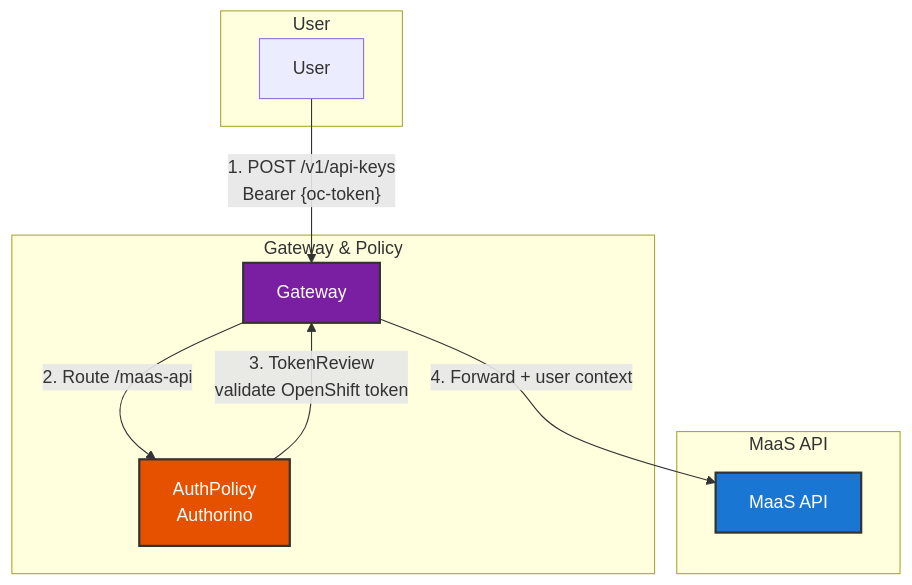
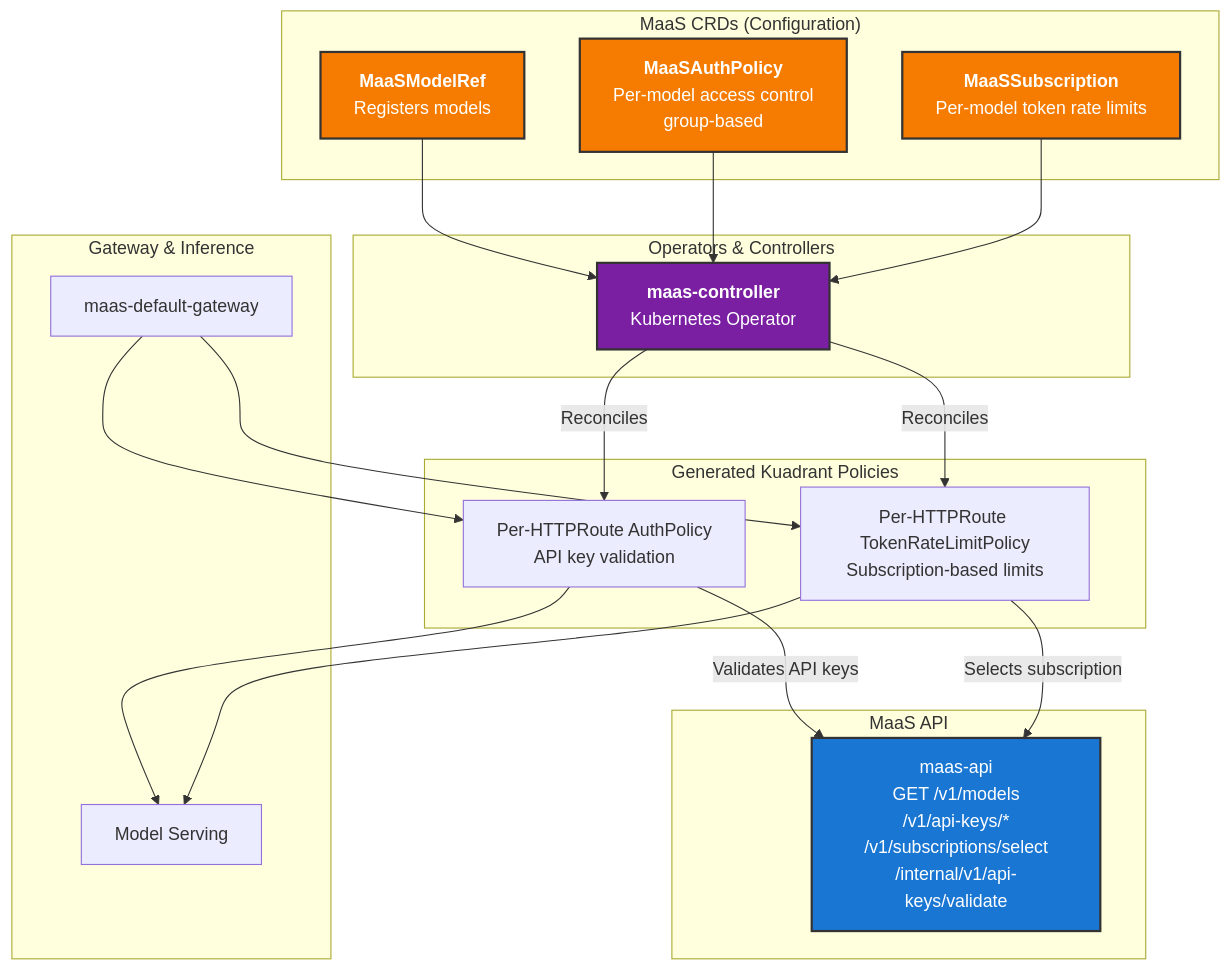
Before and after one commit to opendatahub-io/models-as-a-service: the second of 6 diagrams in docs/content/architecture.md, drawn with Mermaid. The commit also changed other lines of this file and 26 other files, not shown here.

````diff
--- a/docs/content/architecture.md
+++ b/docs/content/architecture.md
@@ -76,24 +62,47 @@
 ```mermaid
 graph TB
-    subgraph UserLayer["User"]
-        U[User]
+    subgraph "Operators & Controllers"
+        Controller["<b>maas-controller</b><br/>Kubernetes Operator"]
     end
     
-    subgraph GatewayLayer["Gateway & Policy"]
-        G[Gateway]
-        AP[AuthPolicy<br/>Authorino]
+    subgraph "MaaS CRDs (Configuration)"
+        ModelRef["<b>MaaSModelRef</b><br/>Registers models"]
+        AuthPolicyCRD["<b>MaaSAuthPolicy</b><br/>Per-model access control<br/>group-based"]
+        SubscriptionCRD["<b>MaaSSubscription</b><br/>Per-model token rate limits"]
     end
     
-    subgraph KeyMintingLayer["MaaS API"]
-        KMS[MaaS API]
+    subgraph "Generated Kuadrant Policies"
+        PerRouteAuth["Per-HTTPRoute AuthPolicy<br/>API key validation"]
+        PerRouteTRLP["Per-HTTPRoute TokenRateLimitPolicy<br/>Subscription-based limits"]
     end
     
-    U -->|"1. POST /v1/api-keys<br/>Bearer {oc-token}"| G
-    G -->|"2. Route /maas-api"| AP
-    AP -->|"3. TokenReview<br/>validate OpenShift token"| G
-    G -->|"4. Forward + user context"| KMS
+    subgraph "MaaS API"
+        MaaSAPI2["maas-api<br/>GET /v1/models<br/>/v1/api-keys/*<br/>/v1/subscriptions/select<br/>/internal/v1/api-keys/validate"]
+    end
     
-    style KMS fill:#1976d2,stroke:#333,stroke-width:2px,color:#fff
-    style G fill:#7b1fa2,stroke:#333,stroke-width:2px,color:#fff
-    style AP fill:#e65100,stroke:#333,stroke-width:2px,color:#fff
+    subgraph "Gateway & Inference"
+        Gateway2["maas-default-gateway"]
+        Inference2["Model Serving"]
+    end
+    
+    ModelRef --> Controller
+    AuthPolicyCRD --> Controller
+    SubscriptionCRD --> Controller
+    
+    Controller -->|"Reconciles"| PerRouteAuth
+    Controller -->|"Reconciles"| PerRouteTRLP
+    
+    PerRouteAuth -->|"Validates API keys"| MaaSAPI2
+    PerRouteTRLP -->|"Selects subscription"| MaaSAPI2
+    
+    Gateway2 --> PerRouteAuth
+    Gateway2 --> PerRouteTRLP
+    PerRouteAuth --> Inference2
+    PerRouteTRLP --> Inference2
+    
+    style Controller fill:#7b1fa2,stroke:#333,stroke-width:2px,color:#fff
+    style ModelRef fill:#f57c00,stroke:#333,stroke-width:2px,color:#fff
+    style AuthPolicyCRD fill:#f57c00,stroke:#333,stroke-width:2px,color:#fff
+    style SubscriptionCRD fill:#f57c00,stroke:#333,stroke-width:2px,color:#fff
+    style MaaSAPI2 fill:#1976d2,stroke:#333,stroke-width:2px,color:#fff
 ```
````
